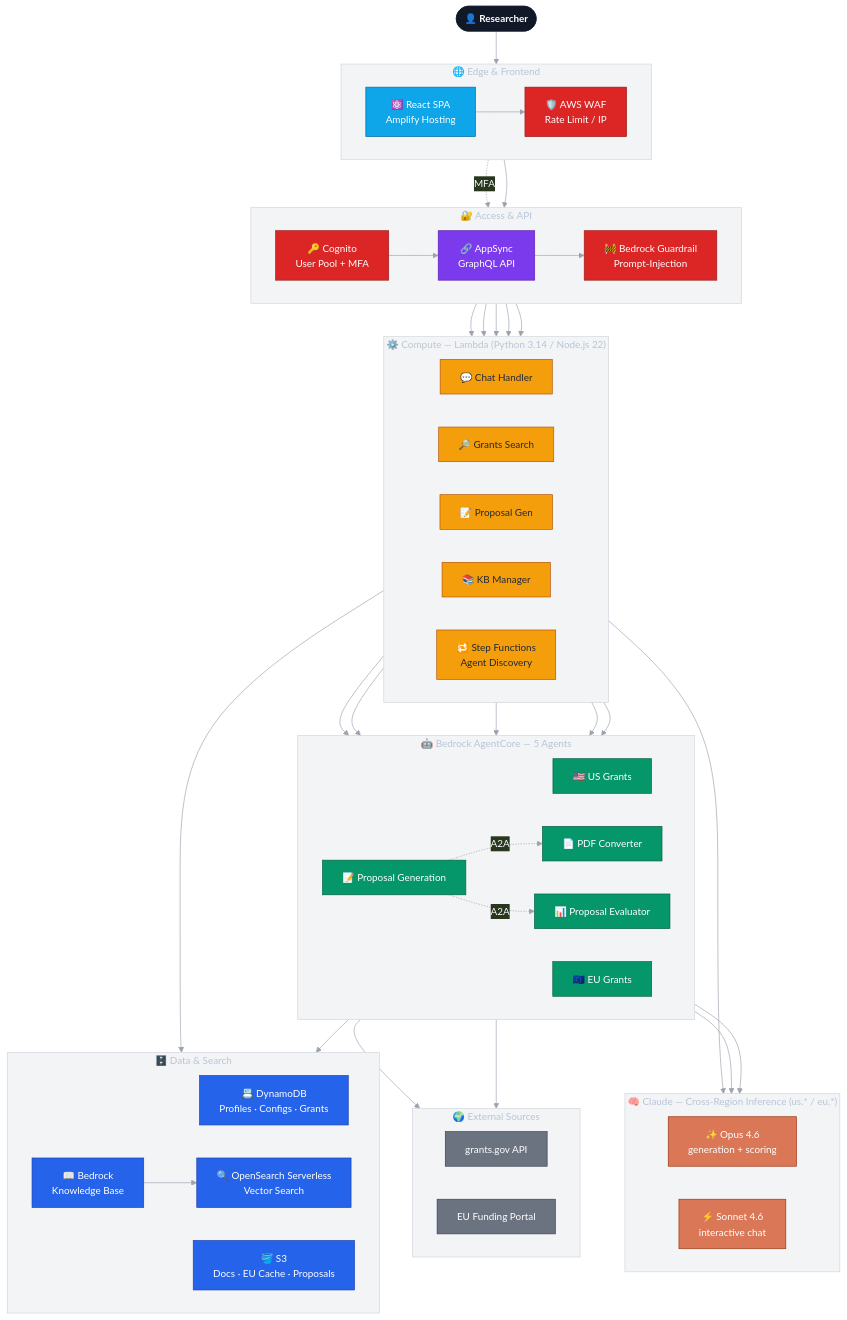
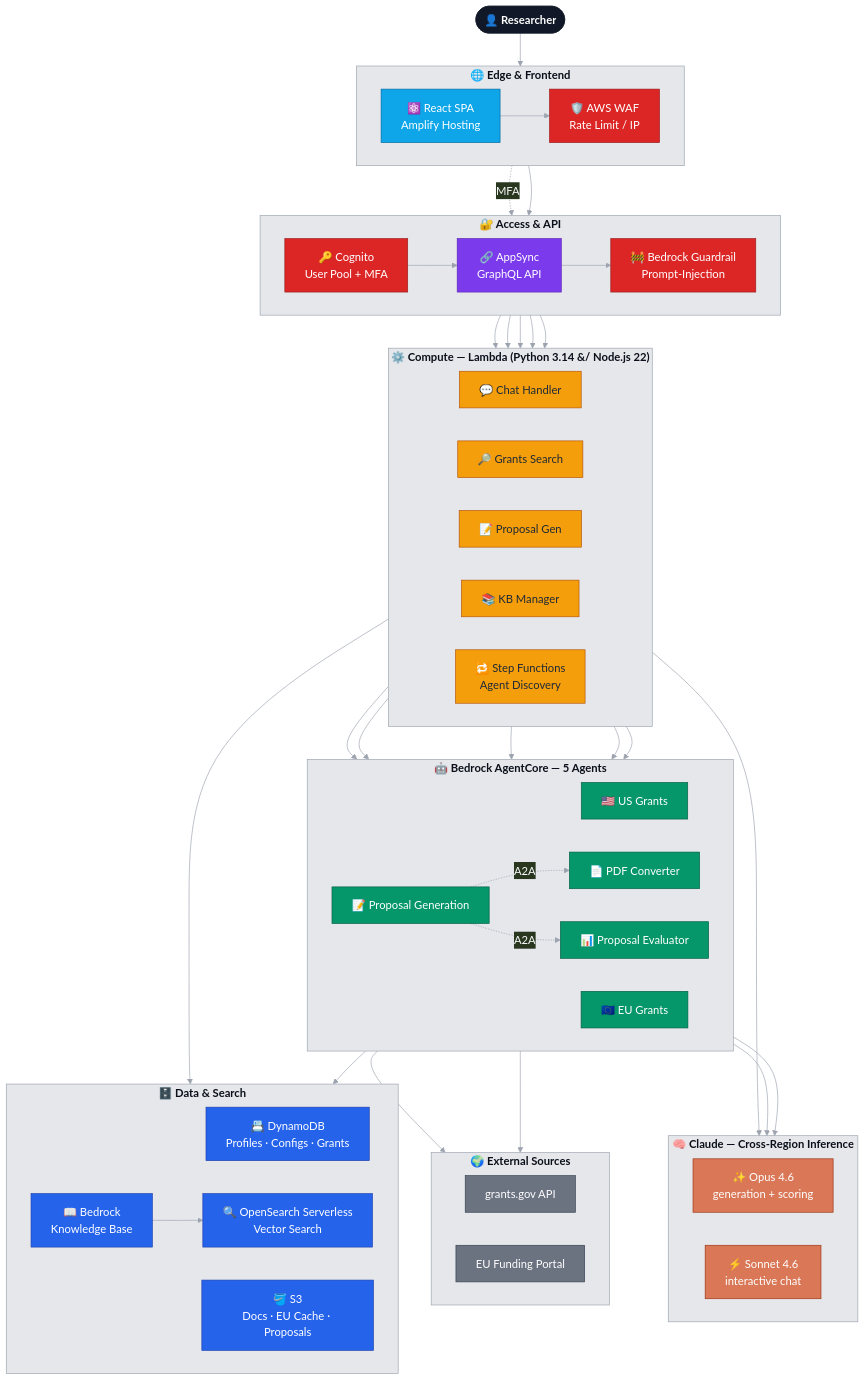
One commit to ATaylorAerospace/Grant_Assistant changed the diagram in README.md. Above: the diagram before and after it, drawn with Mermaid.

````diff
--- a/README.md
+++ b/README.md
@@ -54,80 +54,80 @@
 ```mermaid
-%%{init: {'theme':'base','themeVariables':{'fontSize':'15px','primaryColor':'#1f2937','primaryTextColor':'#f9fafb','lineColor':'#9ca3af','clusterBkg':'#f3f4f6','clusterBorder':'#d1d5db'}}}%%
+%%{init: {'theme':'base','themeVariables':{'fontSize':'17px','primaryColor':'#1f2937','primaryTextColor':'#f9fafb','lineColor':'#9ca3af','clusterBkg':'#e5e7eb','clusterBorder':'#9ca3af','titleColor':'#0b0f19','textColor':'#0b0f19','nodeTextColor':'#0b0f19'}}}%%
 flowchart TB
     User([👤 Researcher]):::user
 
-    subgraph EDGE["🌐 Edge & Frontend"]
+    subgraph EDGE["<b>🌐 Edge &amp; Frontend</b>"]
         direction LR
         SPA["⚛️ React SPA<br/>Amplify Hosting"]:::front
         WAF["🛡️ AWS WAF<br/>Rate Limit / IP"]:::sec
     end
 
-    subgraph ACCESS["🔐 Access & API"]
+    subgraph ACCESS["<b>🔐 Access &amp; API</b>"]
         direction LR
         COG["🔑 Cognito<br/>User Pool + MFA"]:::sec
         API["🔗 AppSync<br/>GraphQL API"]:::api
         GUARD["🚧 Bedrock Guardrail<br/>Prompt-Injection"]:::sec
     end
 
-    subgraph COMPUTE["⚙️ Compute — Lambda (Python 3.14 / Node.js 22)"]
+    subgraph COMPUTE["<b>⚙️ Compute — Lambda (Python 3.14 &#47; Node.js 22)</b>"]
         direction LR
         FN_CHAT["💬 Chat Handler"]:::fn
         FN_SEARCH["🔎 Grants Search"]:::fn
         FN_PROP["📝 Proposal Gen"]:::fn
         FN_KB["📚 KB Manager"]:::fn
         SFN["🔁 Step Functions<br/>Agent Discovery"]:::fn
     end
 
-    subgraph AGENTS["🤖 Bedrock AgentCore — 5 Agents"]
+    subgraph AGENTS["<b>🤖 Bedrock AgentCore — 5 Agents</b>"]
         direction LR
         A_US["🇺🇸 US Grants"]:::agent
         A_EU["🇪🇺 EU Grants"]:::agent
         A_GEN["📝 Proposal Generation"]:::agent
         A_EVAL["📊 Proposal Evaluator"]:::agent
         A_PDF["📄 PDF Converter"]:::agent
     end
 
-    subgraph MODELS["🧠 Claude — Cross-Region Inference (us.* / eu.*)"]
+    subgraph MODELS["<b>🧠 Claude — Cross-Region Inference</b>"]
         direction LR
         OPUS["✨ Opus 4.6<br/>generation + scoring"]:::model
         SONNET["⚡ Sonnet 4.6<br/>interactive chat"]:::model
     end
 
-    subgraph DATA["🗄️ Data & Search"]
+    subgraph DATA["<b>🗄️ Data &amp; Search</b>"]
         direction LR
         DDB["📇 DynamoDB<br/>Profiles · Configs · Grants"]:::data
         S3["🪣 S3<br/>Docs · EU Cache · Proposals"]:::data
         OSS["🔍 OpenSearch Serverless<br/>Vector Search"]:::data
         KB["📖 Bedrock<br/>Knowledge Base"]:::data
     end
 
-    subgraph EXT["🌍 External Sources"]
+    subgraph EXT["<b>🌍 External Sources</b>"]
         direction LR
         GOV["grants.gov API"]:::ext
         EUP["EU Funding Portal"]:::ext
     end
 
     User --> SPA --> WAF --> API
     SPA -.MFA.-> COG --> API
     API --> GUARD --> FN_CHAT & FN_SEARCH & FN_PROP & FN_KB
     API --> SFN
     FN_CHAT & FN_SEARCH & FN_PROP --> AGENTS
     SFN --> A_US & A_EU
     A_GEN -.A2A.-> A_PDF & A_EVAL
     A_GEN & A_EVAL --> OPUS
     FN_CHAT --> SONNET
     A_US --> GOV
     A_EU --> EUP
     AGENTS --> DATA
     FN_KB --> KB --> OSS
 
     classDef user fill:#111827,stroke:#111827,color:#fff,font-weight:bold;
     classDef front fill:#0ea5e9,stroke:#0369a1,color:#fff;
     classDef sec fill:#dc2626,stroke:#991b1b,color:#fff;
     classDef api fill:#7c3aed,stroke:#5b21b6,color:#fff;
     classDef fn fill:#f59e0b,stroke:#b45309,color:#1f2937;
     classDef agent fill:#059669,stroke:#065f46,color:#fff;
     classDef model fill:#d97757,stroke:#9a3412,color:#fff;
     classDef data fill:#2563eb,stroke:#1e40af,color:#fff;
     classDef ext fill:#6b7280,stroke:#374151,color:#fff;
 ```
````
